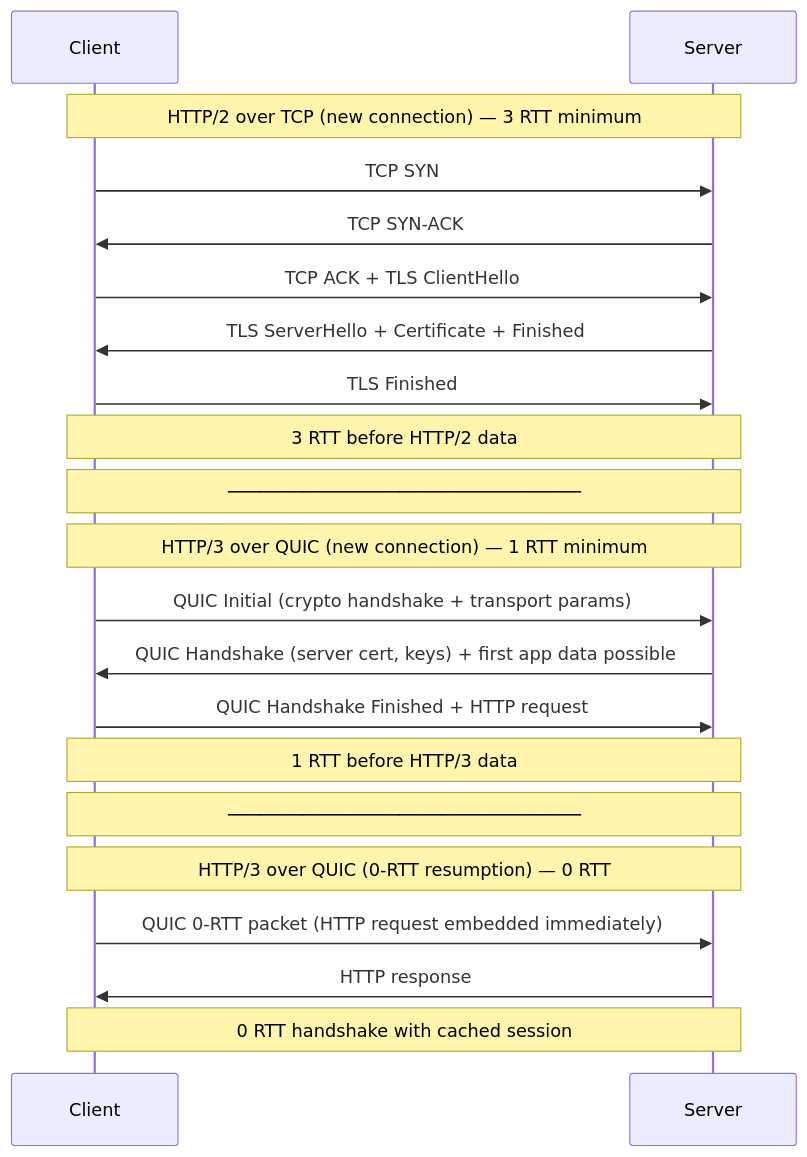
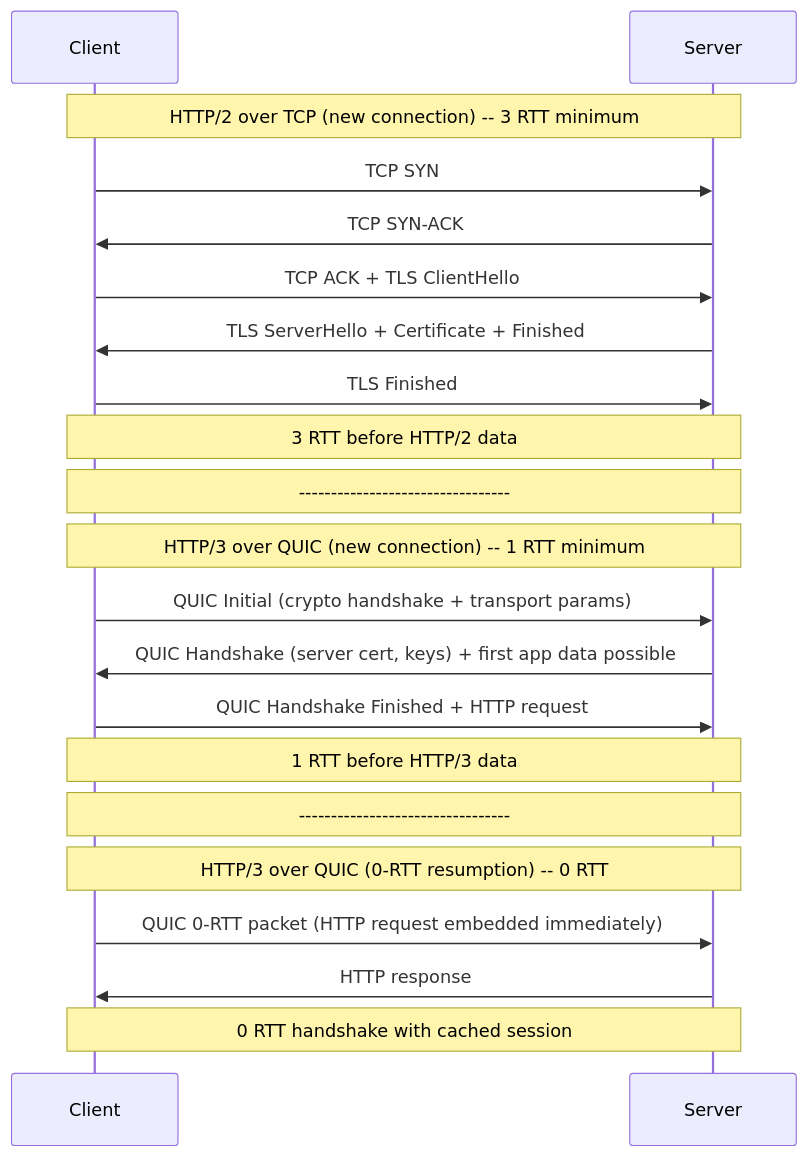
The fifth of 13 diagrams in Section0/Chapter_4_Networking_Foundations.md (ranjeetnegi/System-Design-for-Staff-SWE), drawn with Mermaid before and after one commit. The commit also changed other lines of this file and 11 other files, not shown here.

````diff
--- a/Section0/Chapter_4_Networking_Foundations.md
+++ b/Section0/Chapter_4_Networking_Foundations.md
@@ -346,28 +346,28 @@
 ```mermaid
 sequenceDiagram
     participant C as Client
     participant S as Server
     
-    Note over C,S: HTTP/2 over TCP (new connection) — 3 RTT minimum
+    Note over C,S: HTTP/2 over TCP (new connection) -- 3 RTT minimum
     C->>S: TCP SYN
     S->>C: TCP SYN-ACK
     C->>S: TCP ACK + TLS ClientHello
     S->>C: TLS ServerHello + Certificate + Finished
     C->>S: TLS Finished
     Note over C,S: 3 RTT before HTTP/2 data
     
-    Note over C,S: ─────────────────────────────────
+    Note over C,S: ---------------------------------
     
-    Note over C,S: HTTP/3 over QUIC (new connection) — 1 RTT minimum
+    Note over C,S: HTTP/3 over QUIC (new connection) -- 1 RTT minimum
     C->>S: QUIC Initial (crypto handshake + transport params)
     S->>C: QUIC Handshake (server cert, keys) + first app data possible
     C->>S: QUIC Handshake Finished + HTTP request
     Note over C,S: 1 RTT before HTTP/3 data
     
-    Note over C,S: ─────────────────────────────────
+    Note over C,S: ---------------------------------
     
-    Note over C,S: HTTP/3 over QUIC (0-RTT resumption) — 0 RTT
+    Note over C,S: HTTP/3 over QUIC (0-RTT resumption) -- 0 RTT
     C->>S: QUIC 0-RTT packet (HTTP request embedded immediately)
     S->>C: HTTP response
     Note over C,S: 0 RTT handshake with cached session
 ```
````
